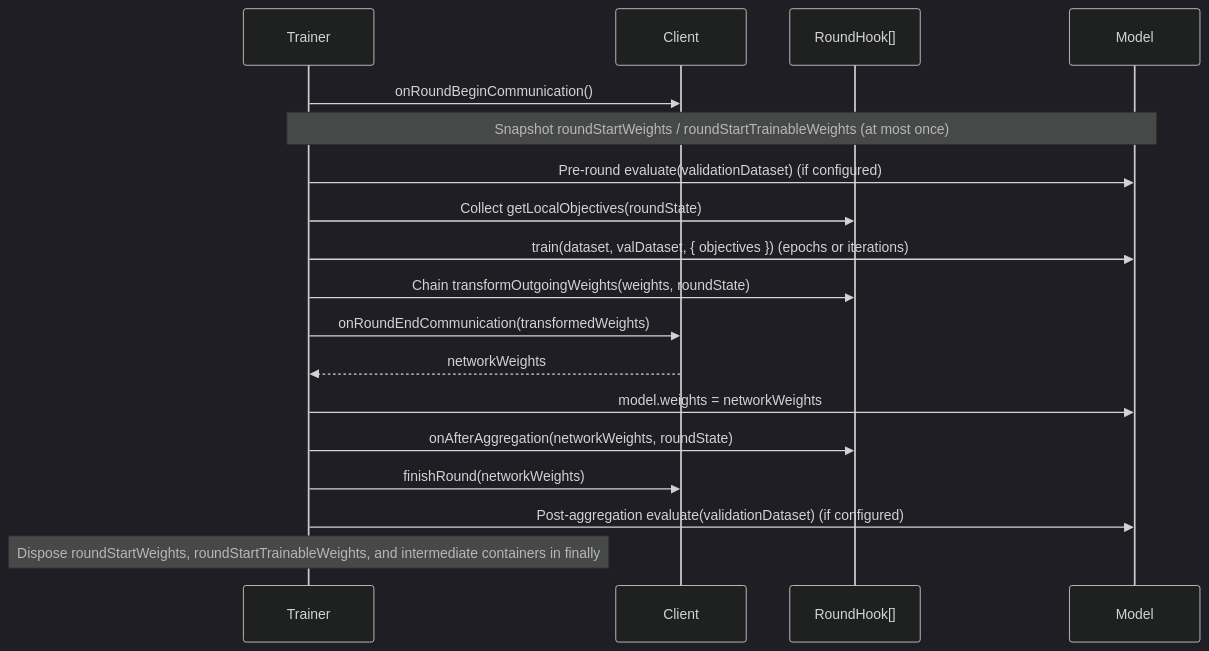
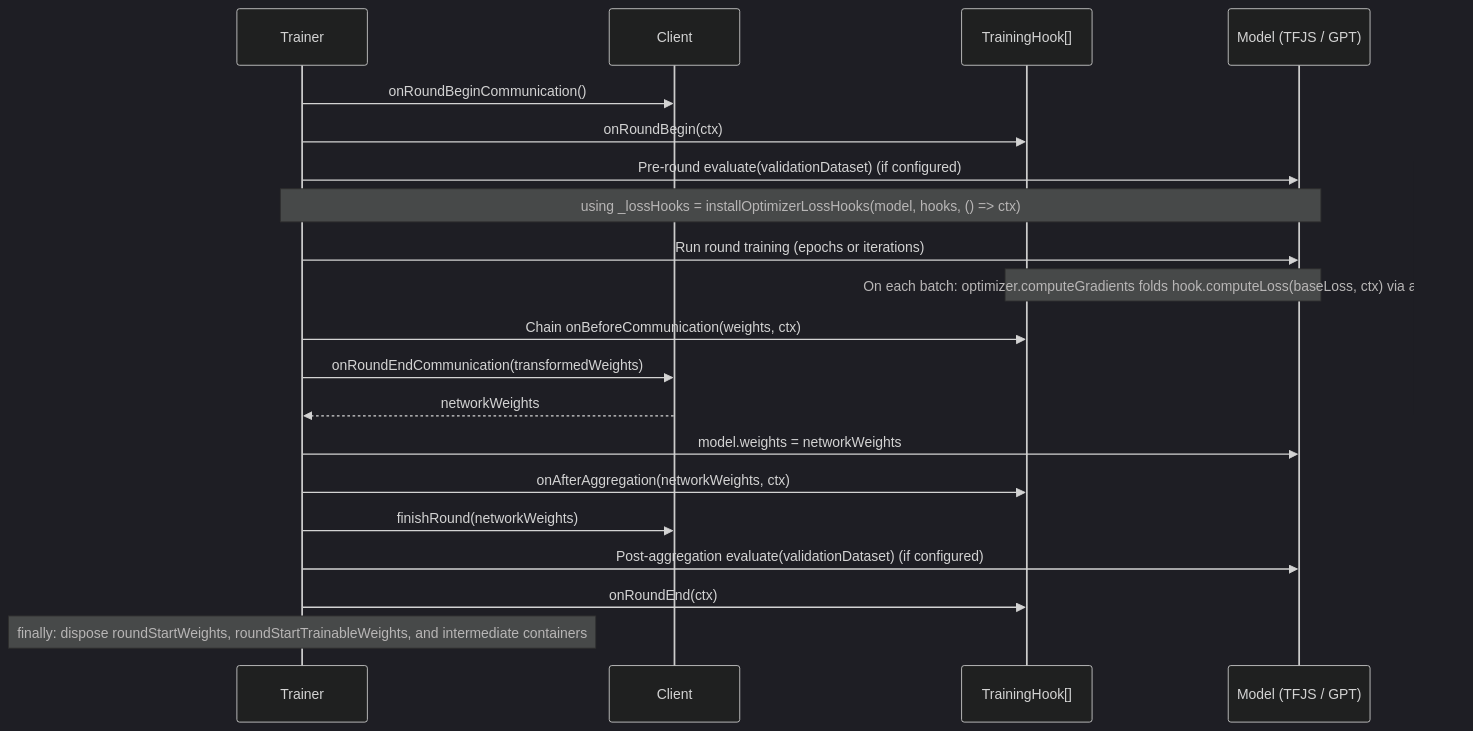
Before and after one commit to epfml/disco: the third of 3 diagrams in docs/TRAINING_ARCHITECTURE.md, drawn with Mermaid (dark theme). The commit also changed other lines of this file, not shown here.

Commit message:
docs: refine architecture with unified TrainingHook and autograd loss hooks

````diff
--- a/docs/TRAINING_ARCHITECTURE.md
+++ b/docs/TRAINING_ARCHITECTURE.md
@@ -312,21 +421,23 @@
 ```mermaid
 sequenceDiagram
     participant T as Trainer
     participant C as Client
-    participant H as RoundHook[]
-    participant M as Model
+    participant H as TrainingHook[]
+    participant M as Model (TFJS / GPT)
 
     T->>C: onRoundBeginCommunication()
-    Note over T,M: Snapshot roundStartWeights / roundStartTrainableWeights (at most once)
+    T->>H: onRoundBegin(ctx)
     T->>M: Pre-round evaluate(validationDataset) (if configured)
-    T->>H: Collect getLocalObjectives(roundState)
-    T->>M: train(dataset, valDataset, { objectives }) (epochs or iterations)
-    T->>H: Chain transformOutgoingWeights(weights, roundState)
+    Note over T,M: using _lossHooks = installOptimizerLossHooks(model, hooks, () => ctx)
+    T->>M: Run round training (epochs or iterations)
+    Note over M,H: On each batch: optimizer.computeGradients folds hook.computeLoss(baseLoss, ctx) via autograd
+    T->>H: Chain onBeforeCommunication(weights, ctx)
     T->>C: onRoundEndCommunication(transformedWeights)
     C-->>T: networkWeights
     T->>M: model.weights = networkWeights
-    T->>H: onAfterAggregation(networkWeights, roundState)
+    T->>H: onAfterAggregation(networkWeights, ctx)
     T->>C: finishRound(networkWeights)
     T->>M: Post-aggregation evaluate(validationDataset) (if configured)
-    Note over T: Dispose roundStartWeights, roundStartTrainableWeights, and intermediate containers in finally
+    T->>H: onRoundEnd(ctx)
+    Note over T: finally: dispose roundStartWeights, roundStartTrainableWeights, and intermediate containers
 ```
````
